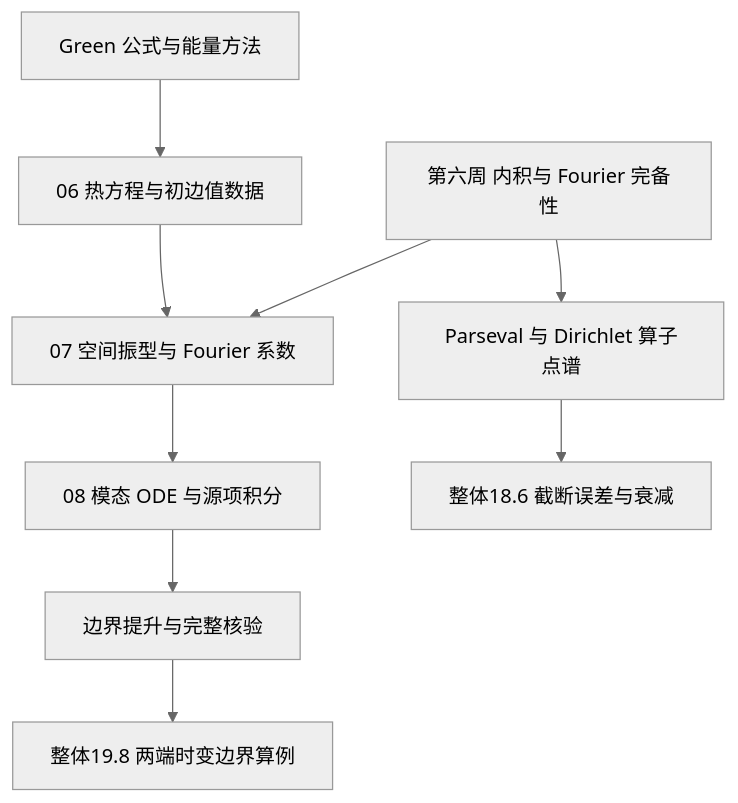
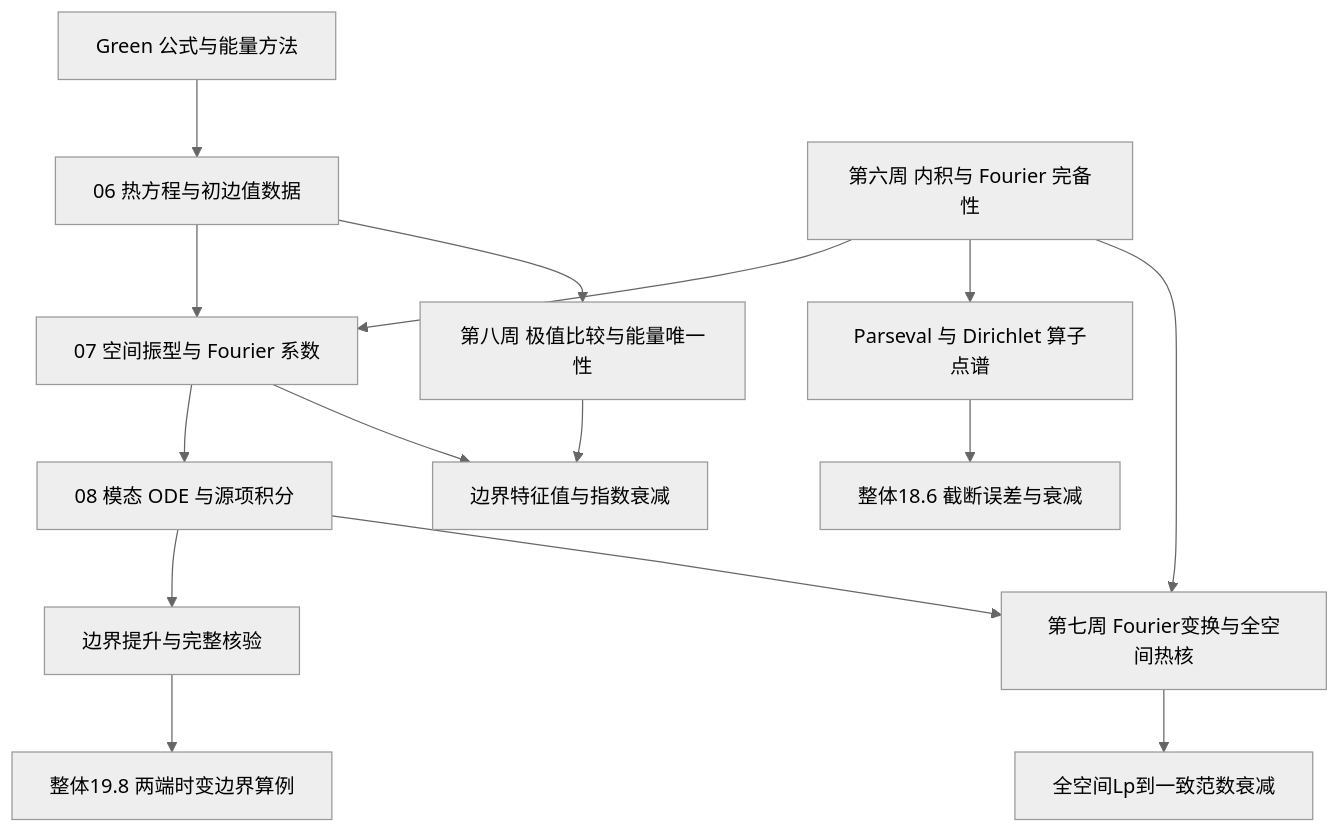
One commit to xsoc1/math-notes changed the second of 2 diagrams in 数学物理方程/00_课程笔记总览.md. Above: the diagram before and after it, drawn with Mermaid (neutral theme). The commit also changed other lines of this file and 6 other files, not shown here.

````diff
--- a/数学物理方程/00_课程笔记总览.md
+++ b/数学物理方程/00_课程笔记总览.md
@@ -98,11 +98,17 @@
 ```mermaid
 flowchart TD
 	P[Green 公式与能量方法] --> F[06 热方程与初边值数据]
 	F --> G[07 空间振型与 Fourier 系数]
 	G --> H[08 模态 ODE 与源项积分]
 	H --> I[边界提升与完整核验]
 	J[第六周 内积与 Fourier 完备性] --> G
 	J --> K[Parseval 与 Dirichlet 算子点谱]
 	K --> M[整体18.6 截断误差与衰减]
 	I --> N[整体19.8 两端时变边界算例]
+	J --> O[第七周 Fourier变换与全空间热核]
+	H --> O
+	F --> V[第八周 极值比较与能量唯一性]
+	O --> W[全空间Lp到一致范数衰减]
+	V --> X[边界特征值与指数衰减]
+	G --> X
 ```
````
